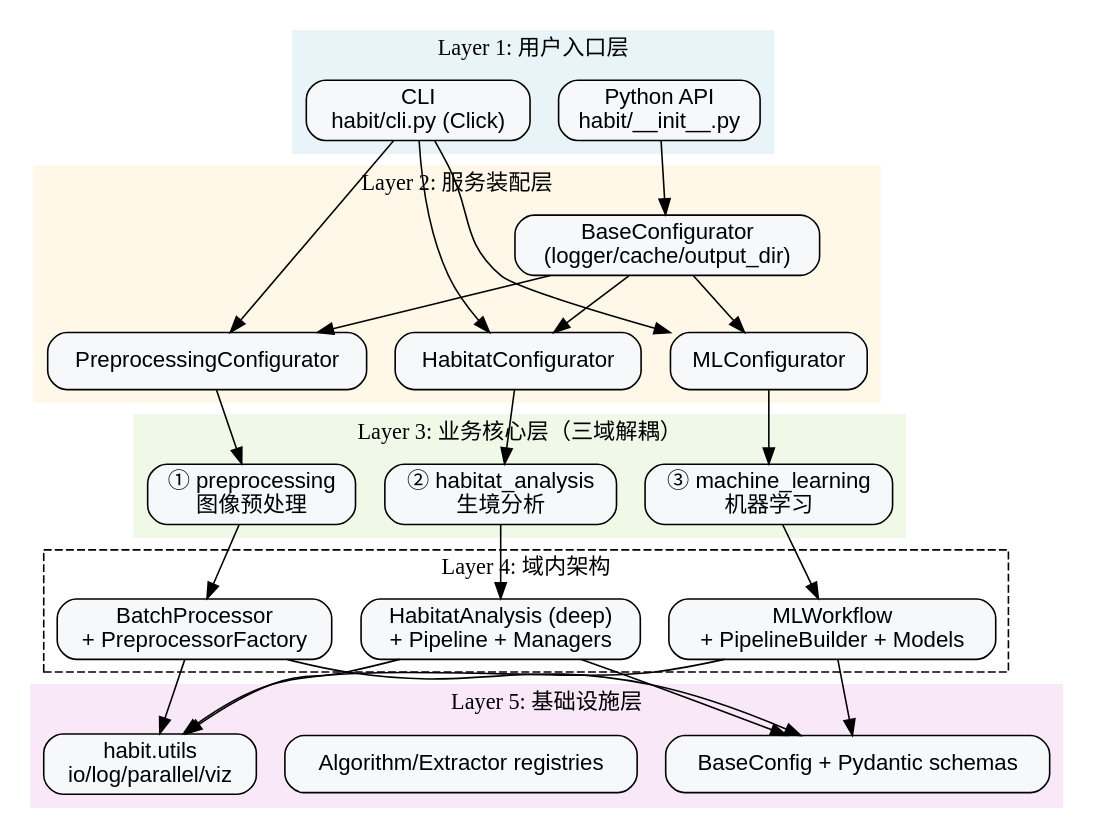
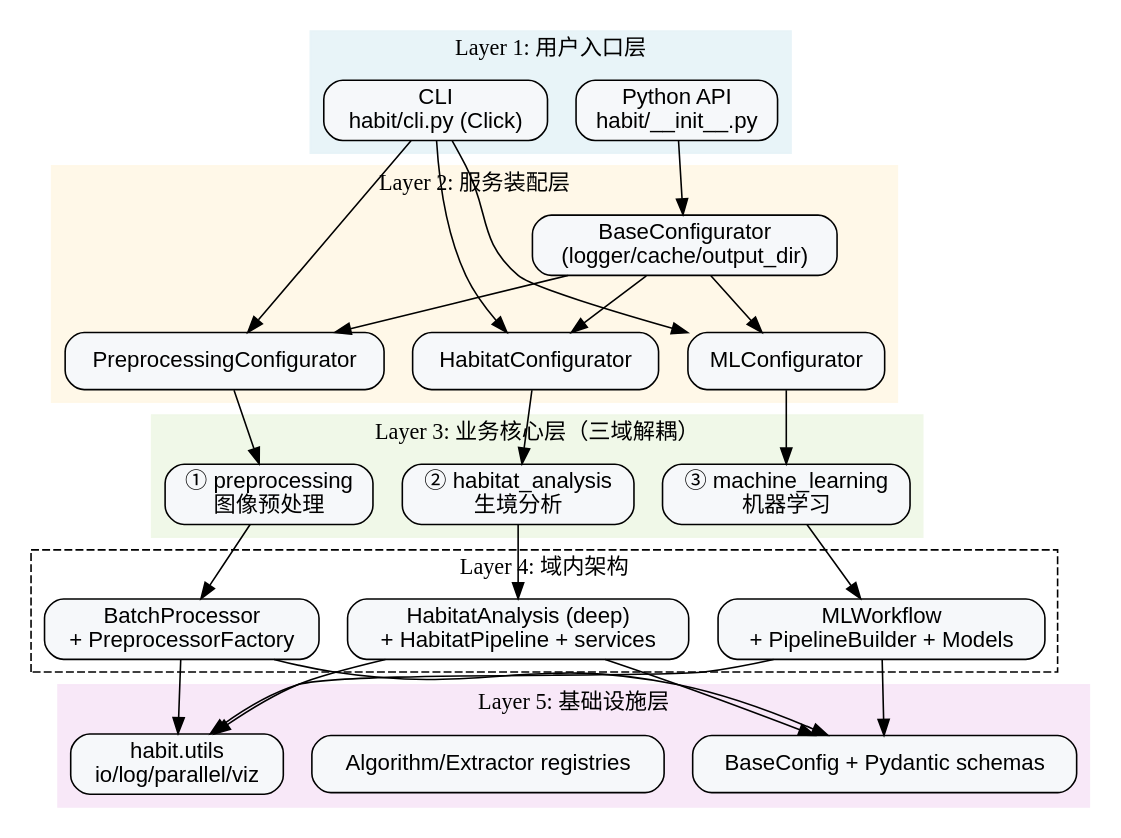
One commit to lichao312214129/HABIT changed the first of 4 diagrams in docs/source/development/architecture.rst. Above: the diagram before and after it, drawn with Graphviz. The commit also changed other lines of this file and 17 other files, not shown here.

First line of the commit message:
refactor(habitat_analysis): update habitat analysis module to use configurators and services

```diff
--- a/docs/source/development/architecture.rst
+++ b/docs/source/development/architecture.rst
@@ -40,72 +40,72 @@
 .. graphviz::
 
    digraph architecture {
        rankdir=TB;
        node [shape=box, style="rounded,filled", fillcolor="#f6f8fa", fontname="Helvetica"];
        edge [color="#888"];
 
        subgraph cluster_l1 {
            label="Layer 1: 用户入口层";
            style=filled; color="#e8f4f8";
            CLI [label="CLI\nhabit/cli.py (Click)"];
            API [label="Python API\nhabit/__init__.py"];
        }
 
        subgraph cluster_l2 {
            label="Layer 2: 服务装配层";
            style=filled; color="#fff8e8";
            BaseCfg [label="BaseConfigurator\n(logger/cache/output_dir)"];
            HabitatCfg [label="HabitatConfigurator"];
            MLCfg [label="MLConfigurator"];
            PreCfg [label="PreprocessingConfigurator"];
        }
 
        subgraph cluster_l3 {
            label="Layer 3: 业务核心层（三域解耦）";
            style=filled; color="#f0f8e8";
            Pre [label="① preprocessing\n图像预处理"];
            Habitat [label="② habitat_analysis\n生境分析"];
            ML [label="③ machine_learning\n机器学习"];
        }
 
        subgraph cluster_l4 {
            label="Layer 4: 域内架构";
            style=dashed; color="#bbb";
            PreArch [label="BatchProcessor\n+ PreprocessorFactory"];
-           HabitatArch [label="HabitatAnalysis (deep)\n+ Pipeline + Managers"];
+           HabitatArch [label="HabitatAnalysis (deep)\n+ HabitatPipeline + services"];
            MLArch [label="MLWorkflow\n+ PipelineBuilder + Models"];
        }
 
        subgraph cluster_l5 {
            label="Layer 5: 基础设施层";
            style=filled; color="#f8e8f8";
            Configs [label="BaseConfig + Pydantic schemas"];
            Registries [label="Algorithm/Extractor registries"];
            Utils [label="habit.utils\nio/log/parallel/viz"];
        }
 
        CLI -> HabitatCfg;
        CLI -> MLCfg;
        CLI -> PreCfg;
        API -> BaseCfg;
 
        BaseCfg -> HabitatCfg;
        BaseCfg -> MLCfg;
        BaseCfg -> PreCfg;
 
        PreCfg -> Pre;
        HabitatCfg -> Habitat;
        MLCfg -> ML;
 
        Pre -> PreArch;
        Habitat -> HabitatArch;
        ML -> MLArch;
 
        PreArch -> Configs;
        HabitatArch -> Configs;
        MLArch -> Configs;
 
        PreArch -> Utils;
        HabitatArch -> Utils;
        MLArch -> Utils;
    }
```
